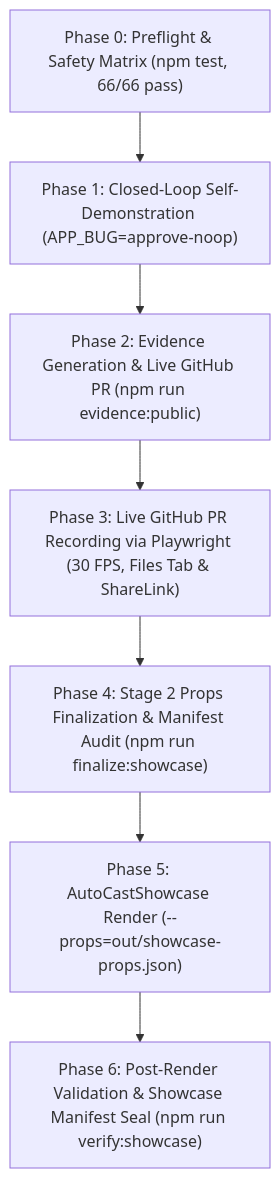
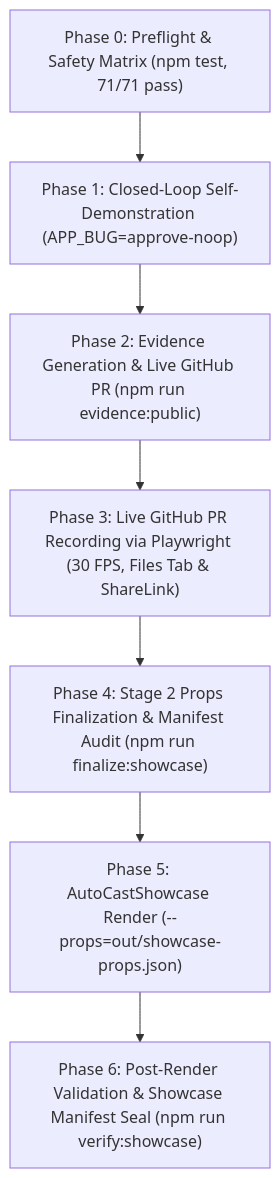
The second of 2 diagrams in docs/ARCHITECTURE.md (nikhil-r0/autocast), drawn with Mermaid before and after one commit. The commit also changed other lines of this file and 25 other files, not shown here.

````diff
--- a/docs/ARCHITECTURE.md
+++ b/docs/ARCHITECTURE.md
@@ -559,9 +559,9 @@
 ```mermaid
 flowchart TD
-    P0["Phase 0: Preflight & Safety Matrix (npm test, 66/66 pass)"] --> P1["Phase 1: Closed-Loop Self-Demonstration (APP_BUG=approve-noop)"]
+    P0["Phase 0: Preflight & Safety Matrix (npm test, 71/71 pass)"] --> P1["Phase 1: Closed-Loop Self-Demonstration (APP_BUG=approve-noop)"]
     P1 --> P2["Phase 2: Evidence Generation & Live GitHub PR (npm run evidence:public)"]
     P2 --> P3["Phase 3: Live GitHub PR Recording via Playwright (30 FPS, Files Tab & ShareLink)"]
     P3 --> P4["Phase 4: Stage 2 Props Finalization & Manifest Audit (npm run finalize:showcase)"]
     P4 --> P5["Phase 5: AutoCastShowcase Render (--props=out/showcase-props.json)"]
     P5 --> P6["Phase 6: Post-Render Validation & Showcase Manifest Seal (npm run verify:showcase)"]
 ```
````
